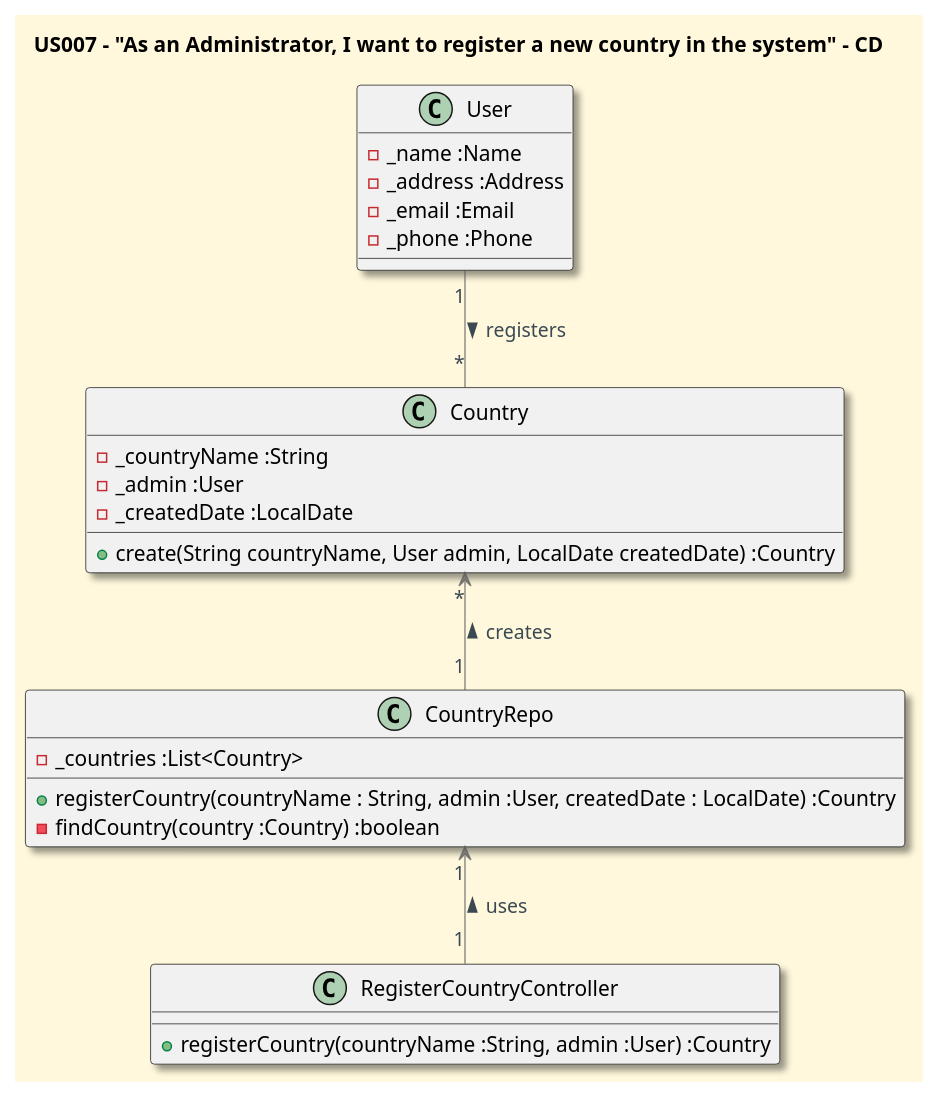
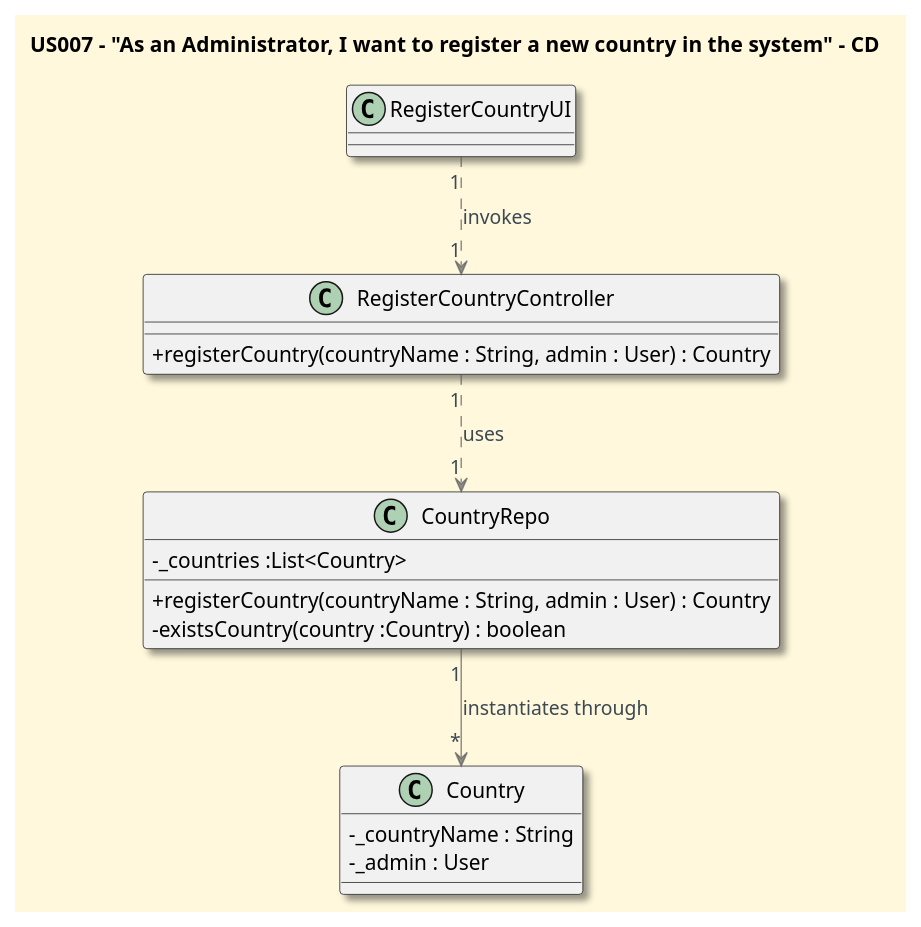
One commit to CarolinaLeite-collab/JavaMarketplacePlatform changed the diagram in docs/userStories/US007/US007_register_a_country_CD.puml. Above: the diagram before and after it, drawn with PlantUML. The commit also changed 1 other file, not shown here.

```diff
--- a/docs/userStories/US007/US007_register_a_country_CD.puml
+++ b/docs/userStories/US007/US007_register_a_country_CD.puml
@@ -1,44 +1,40 @@
 @startuml
 '==== Title ====
 title US007 - "As an Administrator, I want to register a new country in the system" - CD
 top to bottom direction
 
 '==== basic style ====
 skinparam monochrome false
 skinparam shadowing true
 skinparam defaultFontName Futura
 skinparam objectFontSize 20
 skinparam backgroundColor CornSilk
 skinparam objectBackgroundColor WhiteSmoke
 skinparam noteBackgroundColor #FFFFE0
 skinparam ArrowFontColor #3B4953
 skinparam ArrowColor #57595BAA
+skinparam classAttributeIconSize 0
 
 '==== entities ====
-Class User {
-- _name :Name
-- _address :Address
-- _email :Email
-- _phone :Phone
-}
+
 Class Country {
-- _countryName :String
-- _admin :User
-- _createdDate :LocalDate
-+ create(String countryName, User admin, LocalDate createdDate) :Country
+- _countryName : String
+- _admin : User
 }
 Class CountryRepo {
 - _countries :List<Country>
-+ registerCountry(countryName : String, admin :User, createdDate : LocalDate) :Country
-- findCountry(country :Country) :boolean
++ registerCountry(countryName : String, admin : User) : Country
+- existsCountry(country :Country) : boolean
 }
 Class RegisterCountryController {
-+ registerCountry(countryName :String, admin :User) :Country
++ registerCountry(countryName : String, admin : User) : Country
 }
+Class RegisterCountryUI {}
 
 '==== connections ====
-User "1" -- "*" Country: registers >
-Country "*" <-- "1" CountryRepo: creates <
-CountryRepo "1" <-- "1" RegisterCountryController: uses <
+
+CountryRepo "1" --> "*" Country: instantiates through
+RegisterCountryController  "1" ..> "1" CountryRepo: uses
+RegisterCountryUI "1" ..> "1" RegisterCountryController: invokes
 
 @enduml
```
